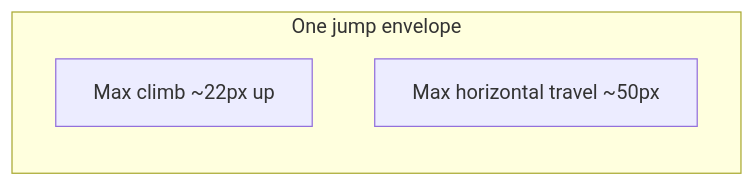
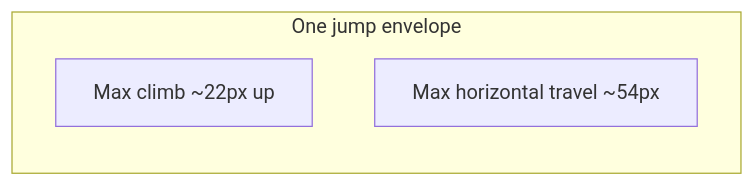
One commit to gba-projekt-thi/platformer changed the first of 3 diagrams in docs/level-design.md. Above: the diagram before and after it, drawn with Mermaid. The commit also changed other lines of this file and 11 other files, not shown here.

````diff
--- a/docs/level-design.md
+++ b/docs/level-design.md
@@ -48,7 +48,7 @@
 ```mermaid
 graph LR
     subgraph One jump envelope
       Climb[Max climb ~22px up]
-      Travel[Max horizontal travel ~50px]
+      Travel[Max horizontal travel ~54px]
     end
 ```
````
